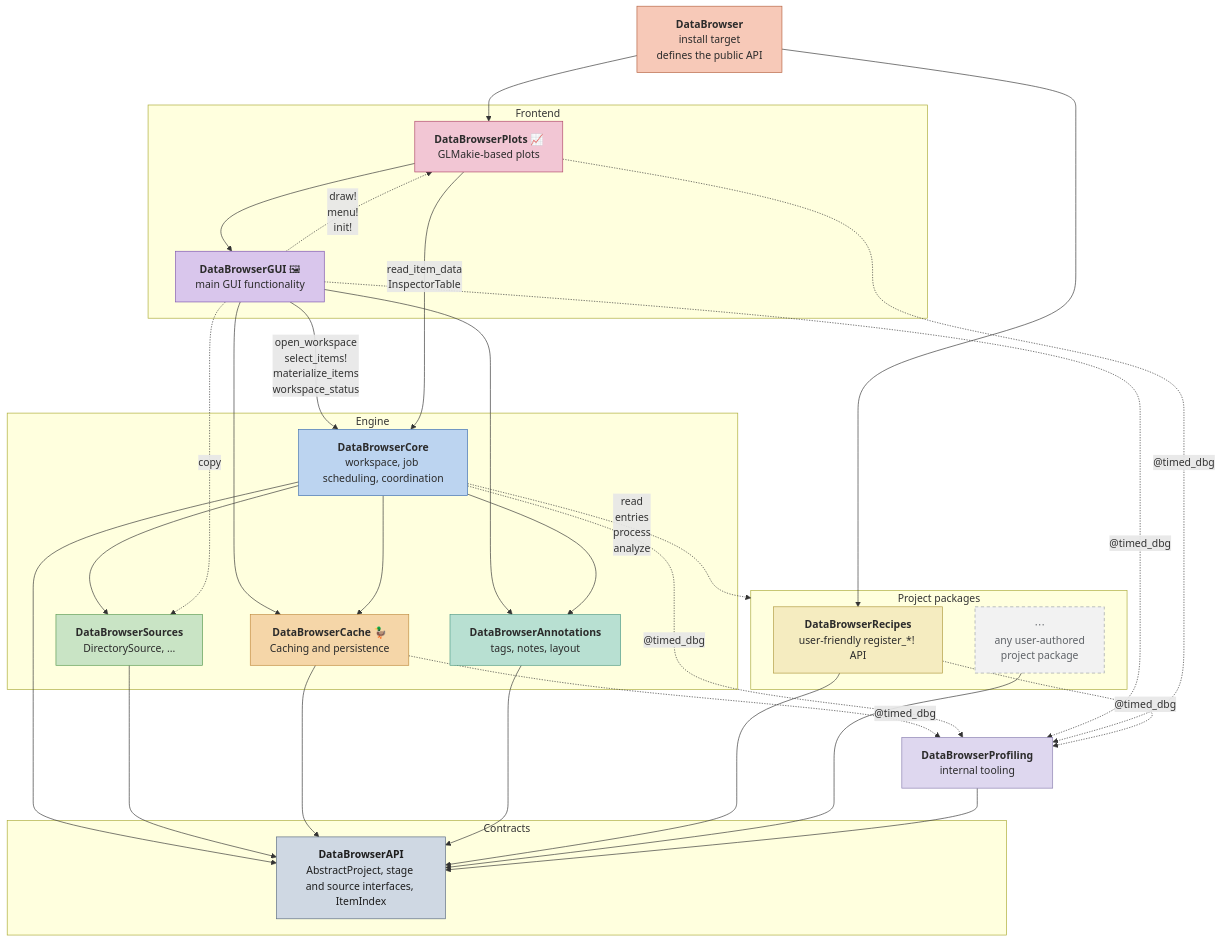
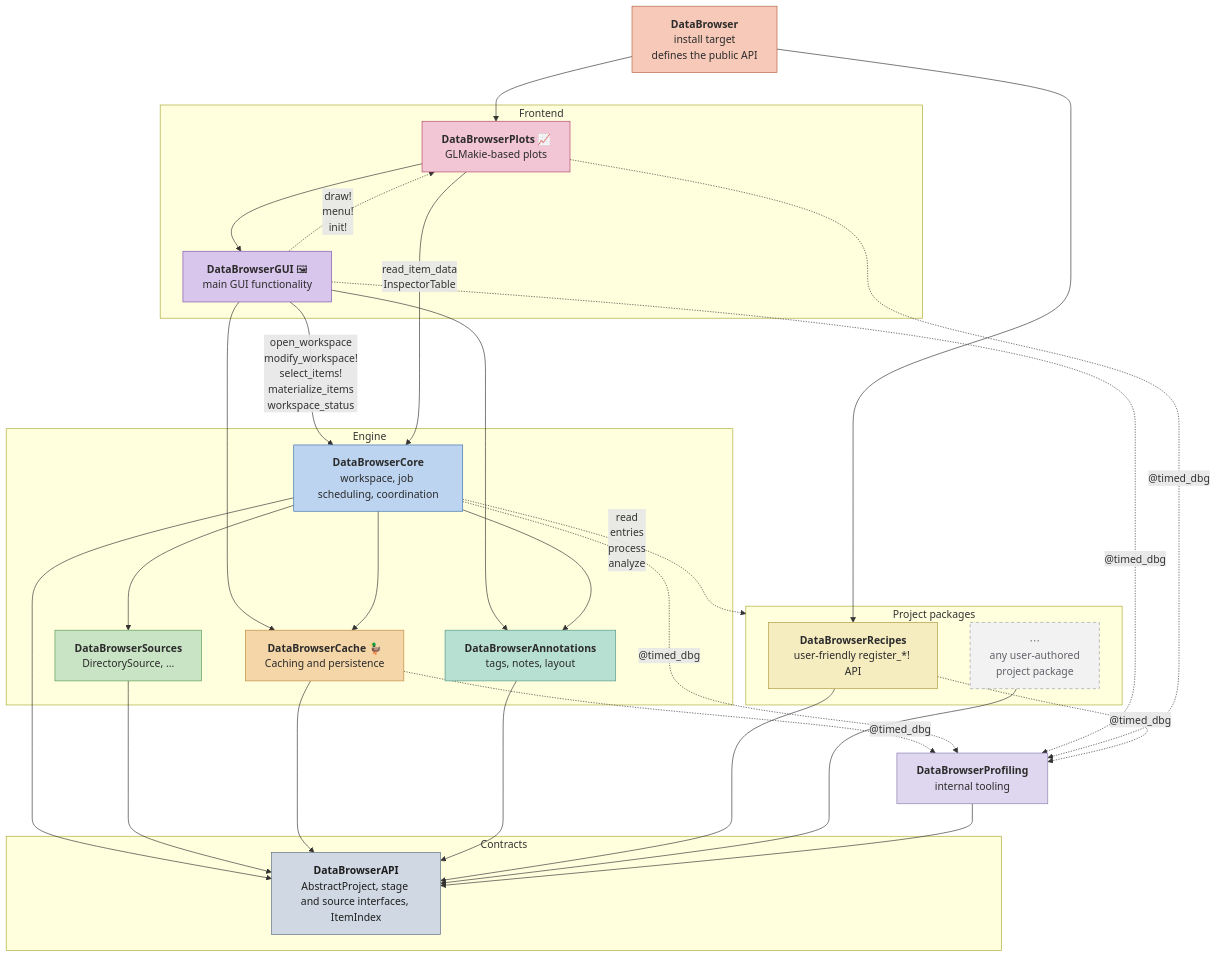
One commit to digiefel/MeasurementBrowser changed the first of 3 diagrams in docs/ARCHITECTURE.md. Above: the diagram before and after it, drawn with Mermaid. The commit also changed other lines of this file and 7 other files, not shown here.

First line of the commit message:
Make modify_workspace! rebuild the same workspace in place.

````diff
--- a/docs/ARCHITECTURE.md
+++ b/docs/ARCHITECTURE.md
@@ -28,77 +28,76 @@
 ```mermaid
 flowchart TB
     db["<b>DataBrowser</b><br/>install target<br/>defines the public API"]
     prof["<b>DataBrowserProfiling</b><br/>internal tooling"]
 
     subgraph projects["Project packages"]
         recipes["<b>DataBrowserRecipes</b><br/>user-friendly register_*! API"]
         userpkg["⋯<br/>any user-authored<br/>project package"]
     end
 
     subgraph frontend["Frontend"]
         gui["<b>DataBrowserGUI</b> 🖼<br/>main GUI functionality"]
         plots["<b>DataBrowserPlots</b> 📈<br/>GLMakie-based plots"]
     end
 
     subgraph engine["Engine"]
         core["<b>DataBrowserCore</b><br/>workspace, job scheduling, coordination"]
         src["<b>DataBrowserSources</b><br/>DirectorySource, ..."]
         cache["<b>DataBrowserCache</b> 🦆<br/>Caching and persistence"]
         ann["<b>DataBrowserAnnotations</b><br/>tags, notes, layout"]
     end
 
     subgraph contracts["Contracts"]
         api["<b>DataBrowserAPI</b><br/>AbstractProject, stage and source interfaces, ItemIndex"]
     end
 
     db --> recipes
     db --> plots
-    gui -->|"open_workspace<br/>select_items!<br/>materialize_items<br/>workspace_status"| core
+    gui -->|"open_workspace<br/>modify_workspace!<br/>select_items!<br/>materialize_items<br/>workspace_status"| core
     gui --> cache
     gui --> ann
     plots --> gui
     plots -->|"read_item_data<br/>InspectorTable"| core
     core --> src
     core --> cache
     core --> ann
     core --> api
     src --> api
     cache --> api
     ann --> api
     recipes --> api
     userpkg --> api
     prof --> api
 
     core -.->|"read<br/>entries<br/>process<br/>analyze"| projects
-    gui -.->|"copy"| src
     gui -.->|"draw!<br/>menu!<br/>init!"| plots
     cache -.->|"@timed_dbg"| prof
     core -.->|"@timed_dbg"| prof
     gui -.->|"@timed_dbg"| prof
     plots -.->|"@timed_dbg"| prof
     recipes -.->|"@timed_dbg"| prof
 
     classDef umbrellaC fill:#f7c9b8,stroke:#b5623f,color:#2b2b2b
     classDef plotsC fill:#f2c6d4,stroke:#b0466a,color:#2b2b2b
     classDef guiC fill:#d9c6ec,stroke:#7d54b0,color:#2b2b2b
     classDef coreC fill:#bcd4f0,stroke:#3f6fb0,color:#2b2b2b
     classDef recipesC fill:#f5ecc0,stroke:#b09a3f,color:#2b2b2b
     classDef srcC fill:#c9e4c5,stroke:#5a9a52,color:#2b2b2b
     classDef cacheC fill:#f5d6a8,stroke:#c08a3f,color:#2b2b2b
     classDef annC fill:#b8e0d2,stroke:#4f9a86,color:#2b2b2b
     classDef profC fill:#ded7ef,stroke:#8a7fb0,color:#2b2b2b
     classDef apiC fill:#cfd8e3,stroke:#5a6b80,color:#1e1e1e
     classDef ghostC fill:#f2f2f2,stroke:#9aa0a6,stroke-dasharray:5 4,color:#5f6368
 
     class userpkg ghostC
     class db umbrellaC
     class plots plotsC
     class gui guiC
     class core coreC
     class recipes recipesC
     class src srcC
     class cache cacheC
     class ann annC
     class prof profC
     class api apiC
 ```
````
